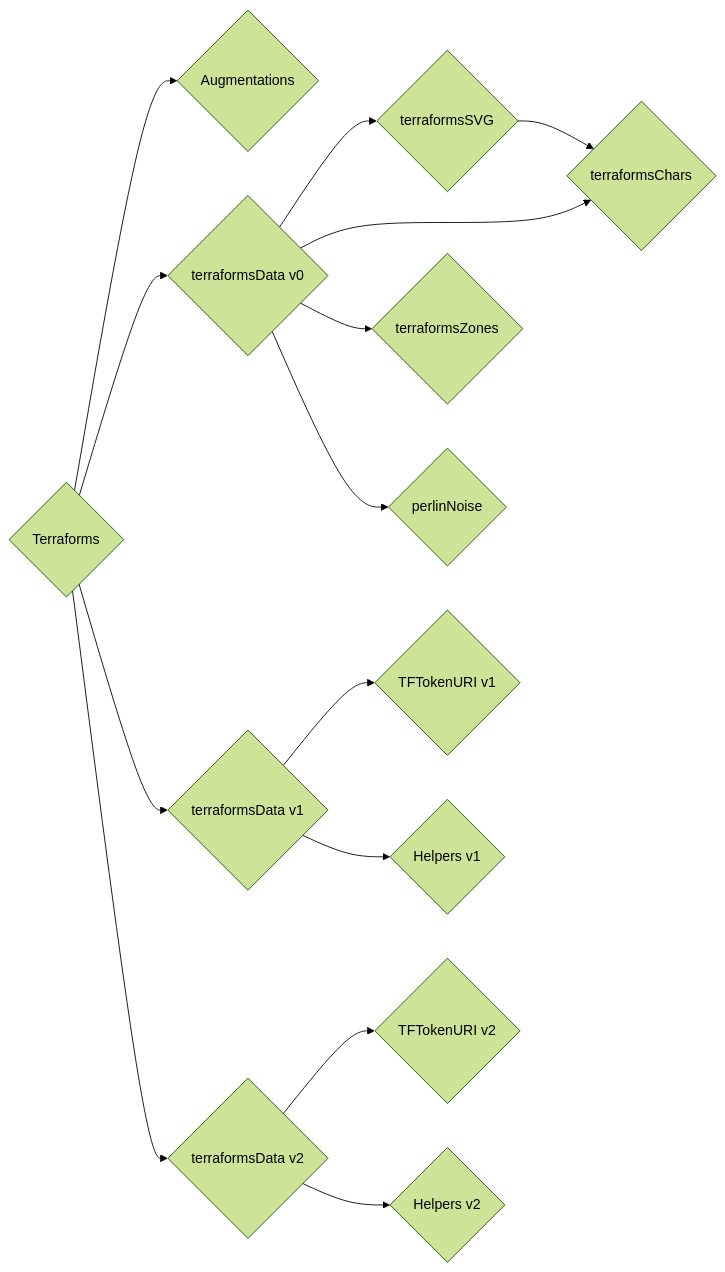
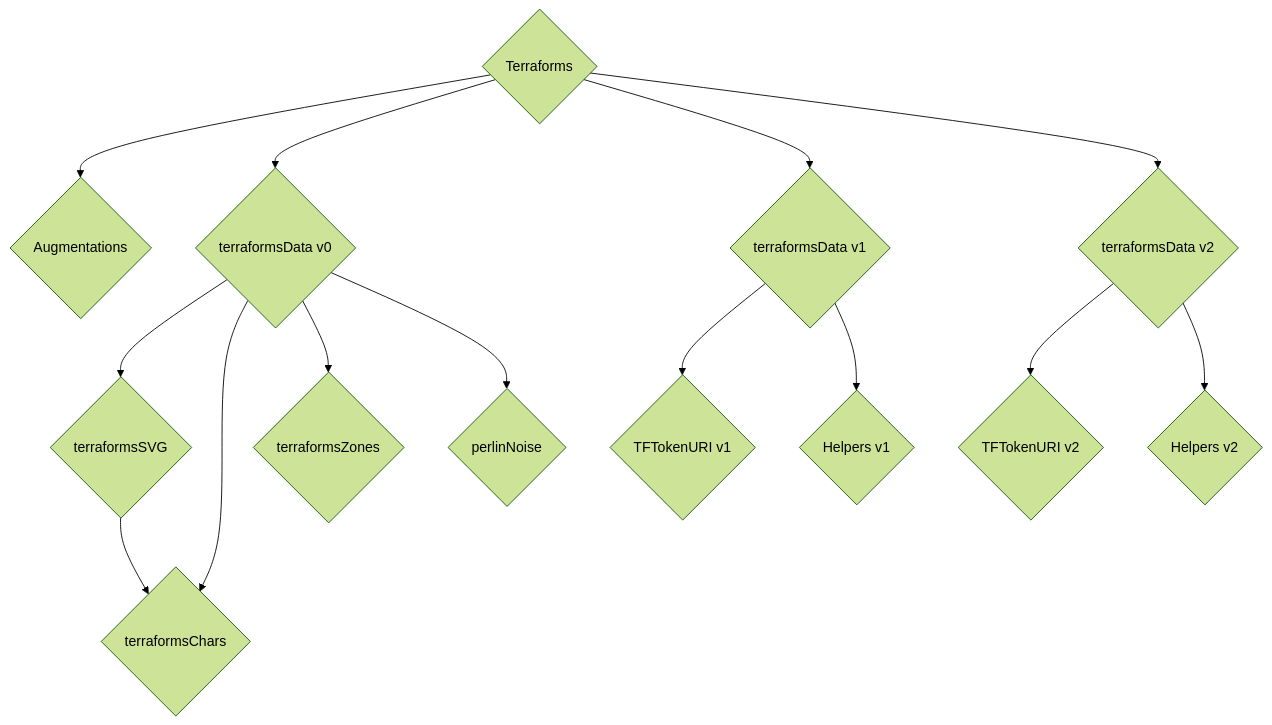
One commit to thebadcc/terraform-docs changed the first of 2 diagrams in contracts/Terraforms.md. Above: the diagram before and after it, drawn with Mermaid (forest theme).

````diff
--- a/contracts/Terraforms.md
+++ b/contracts/Terraforms.md
@@ -22,16 +22,16 @@
 ```mermaid
-graph LR
+graph TD
     A{Terraforms} --> B{Augmentations}
     A --> C{terraformsData v0}
     A --> D{terraformsData v1}
     A --> E{terraformsData v2}
     C --> F{terraformsSVG}
     C --> G{terraformsChars}
     C --> H{terraformsZones}
     C --> I{perlinNoise}
     D --> J{TFTokenURI v1}
     D --> K{Helpers v1}
     E --> L{TFTokenURI v2}
     E --> M{Helpers v2}
     F --> G
 ```
````
